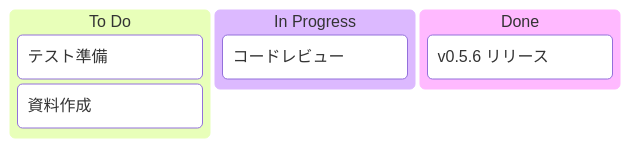
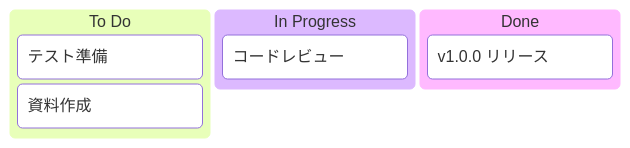
Before and after one commit to kaeru758/md-visual-editor: diagram 21 of 23 in test-all-features.md, drawn with Mermaid. The commit also changed other lines of this file, not shown here.

````diff
--- a/test-all-features.md
+++ b/test-all-features.md
@@ -602,10 +622,10 @@
 ```mermaid
 kanban
     todo[To Do]
         task1[テスト準備]
         task2[資料作成]
     inprogress[In Progress]
         task3[コードレビュー]
     done[Done]
-        task4[v0.5.6 リリース]
+        task4[v1.0.0 リリース]
 ```
````
